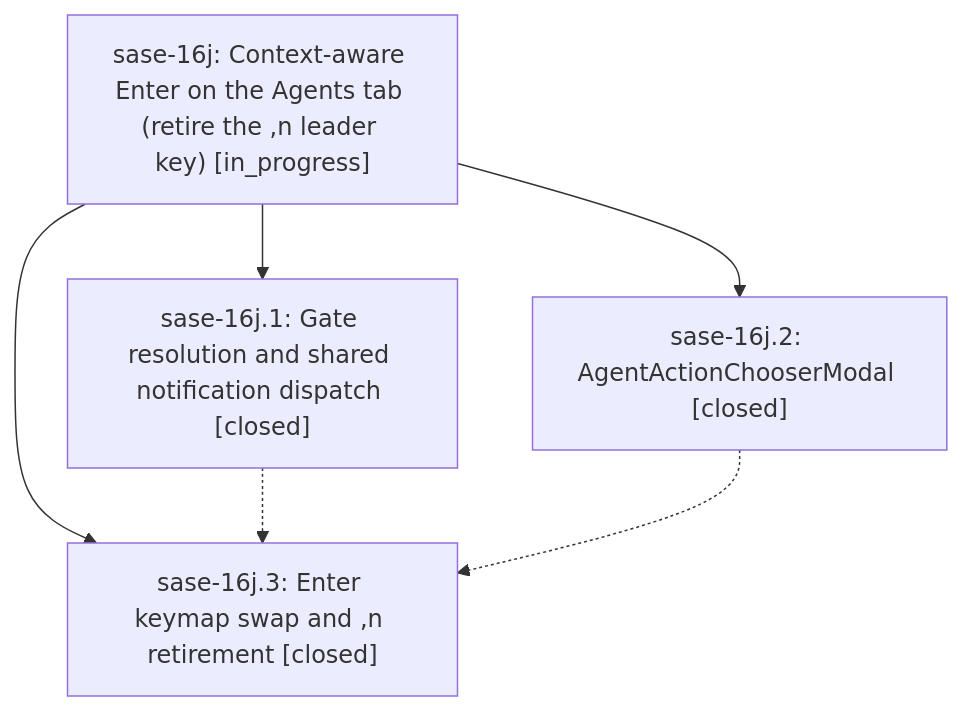
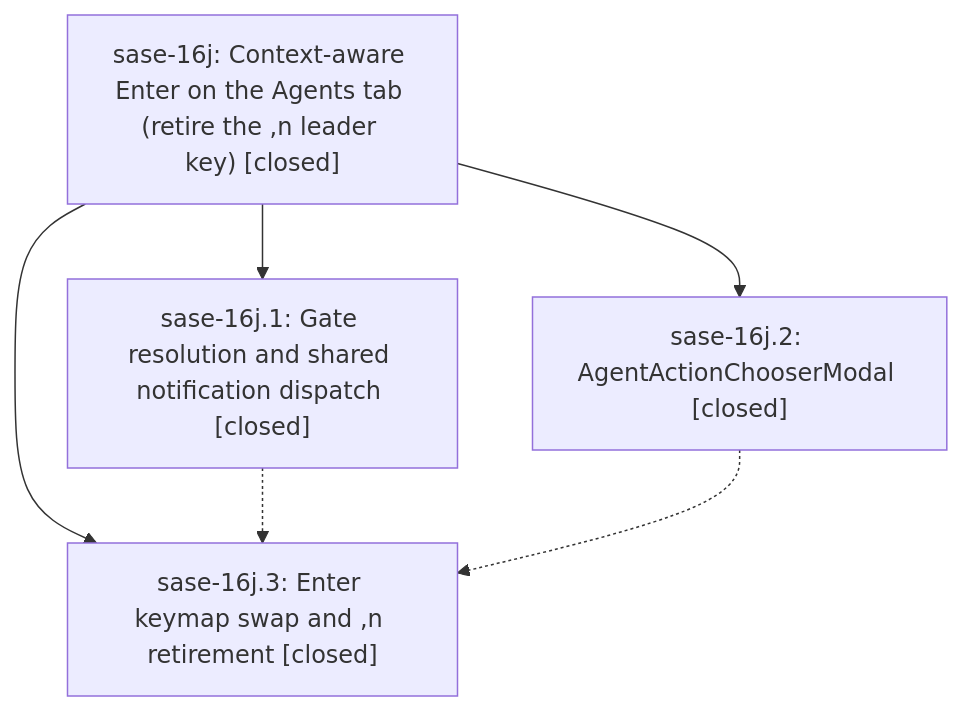
Before and after one commit to sase-org/sase--beads: the diagram in pages/sase-16j/README.md, drawn with Mermaid. The commit also changed other lines of this file and 1 other file, not shown here.

First line of the commit message:
chore(beads): sync bead state and pages for sase-16j

````diff
--- a/pages/sase-16j/README.md
+++ b/pages/sase-16j/README.md
@@ -24,12 +28,12 @@
 ```mermaid
 flowchart TD
-    n0["sase-16j: Context-aware Enter on the Agents tab (retire the ,n leader key) [in_progress]"]
+    n0["sase-16j: Context-aware Enter on the Agents tab (retire the ,n leader key) [closed]"]
     n1["sase-16j.1: Gate resolution and shared notification dispatch [closed]"]
     n2["sase-16j.2: AgentActionChooserModal [closed]"]
     n3["sase-16j.3: Enter keymap swap and ,n retirement [closed]"]
     n0 --> n1
     n0 --> n2
     n0 --> n3
     n1 -.-> n3
     n2 -.-> n3
 ```
````
